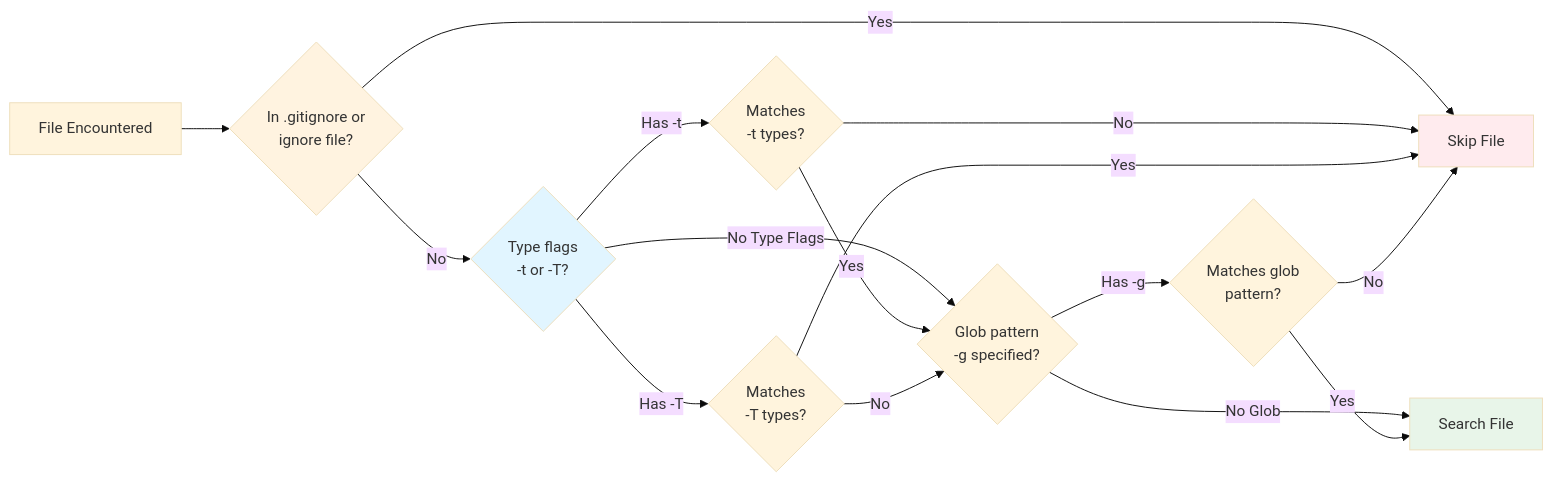
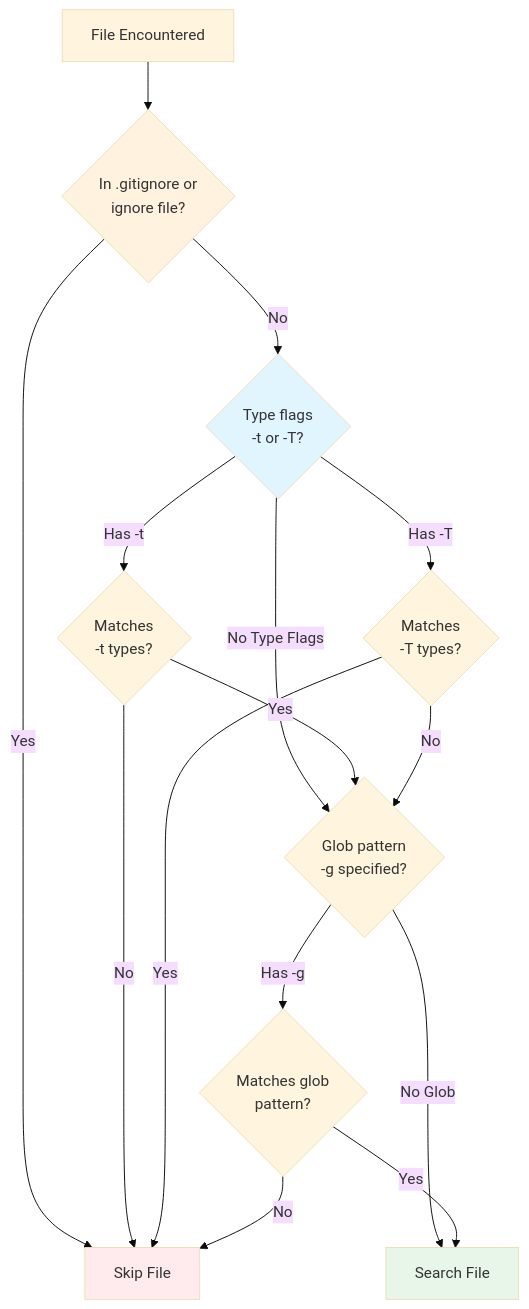
One commit to iepathos/ripgrep changed the diagram in docs/manual-filtering-types.md. Above: the diagram before and after it, drawn with Mermaid (base theme). The commit also changed 10 other files, not shown here.

First line of the commit message:
fix: improve Mermaid diagram readability

````diff
--- a/docs/manual-filtering-types.md
+++ b/docs/manual-filtering-types.md
@@ -525,33 +525,33 @@
 ```mermaid
-flowchart LR
+flowchart TD
     Start[File Encountered] --> IgnoreCheck{"In .gitignore or
     ignore file?"}
     IgnoreCheck -->|Yes| Skip[Skip File]
     IgnoreCheck -->|No| TypeCheck{"Type flags
     -t or -T?"}
 
     TypeCheck -->|No Type Flags| GlobCheck{"Glob pattern
     -g specified?"}
     TypeCheck -->|Has -t| MatchType{"Matches
     -t types?"}
     TypeCheck -->|Has -T| ExcludeType{"Matches
     -T types?"}
 
     MatchType -->|Yes| GlobCheck
     MatchType -->|No| Skip
 
     ExcludeType -->|Yes| Skip
     ExcludeType -->|No| GlobCheck
 
     GlobCheck -->|No Glob| Search[Search File]
     GlobCheck -->|Has -g| MatchGlob{"Matches glob
     pattern?"}
 
     MatchGlob -->|Yes| Search
     MatchGlob -->|No| Skip
 
     style Search fill:#e8f5e9
     style Skip fill:#ffebee
     style IgnoreCheck fill:#fff3e0
     style TypeCheck fill:#e1f5ff
 ```
````
